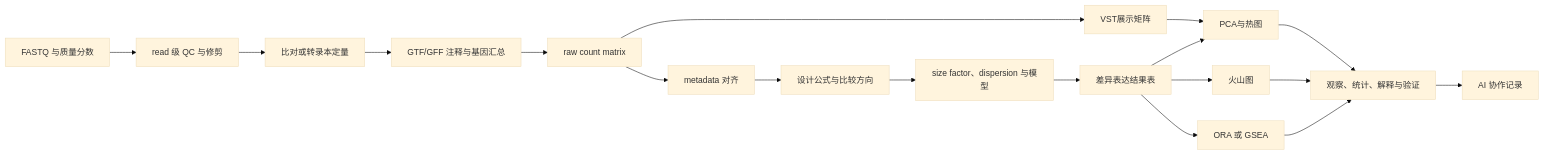
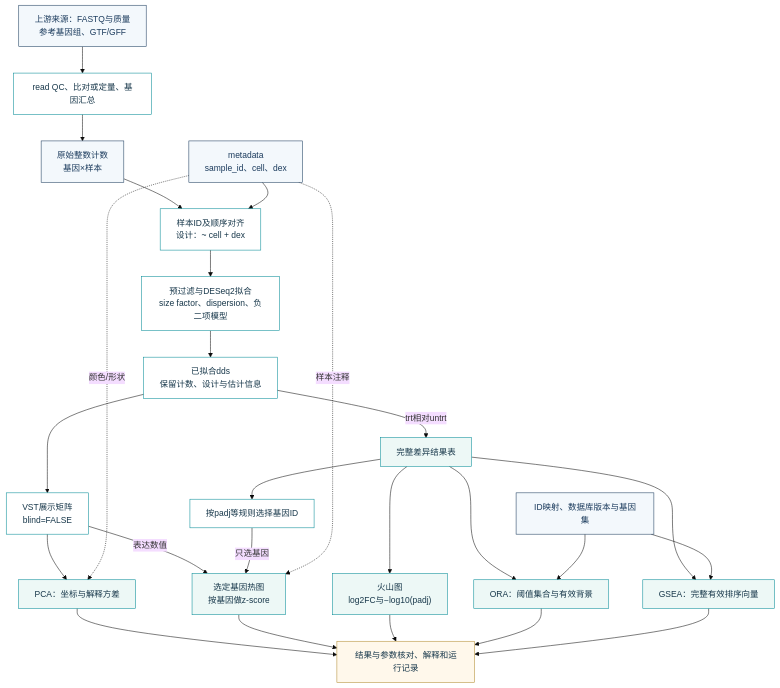
The first of 2 diagrams in docs/chapters/chapter-12/index.md (luvega/AI_MED_DataVis), drawn with Mermaid (base theme) before and after one commit. The commit also changed other lines of this file and 30 other files, not shown here.

Commit message:
Redraw textbook diagrams and correct data-flow relationships

````diff
--- a/docs/chapters/chapter-12/index.md
+++ b/docs/chapters/chapter-12/index.md
@@ -59,20 +59,36 @@
 ```mermaid
-flowchart LR
-  A["FASTQ 与质量分数"] --> B["read 级 QC 与修剪"]
-  B --> C["比对或转录本定量"]
-  C --> D["GTF/GFF 注释与基因汇总"]
-  D --> E["raw count matrix"]
-  E --> F["metadata 对齐"]
-  F --> G["设计公式与比较方向"]
-  G --> H["size factor、dispersion 与模型"]
-  H --> I["差异表达结果表"]
-  E --> V["VST展示矩阵"]
-  V --> J["PCA与热图"]
-  I --> W["火山图"]
-  I --> J
-  I --> K["ORA 或 GSEA"]
-  J --> L["观察、统计、解释与验证"]
-  W --> L
-  K --> L
-  L --> M["AI 协作记录"]
+flowchart TB
+  U["上游来源：FASTQ与质量<br/>参考基因组、GTF/GFF"] --> U2["read QC、比对或定量、基因汇总"]
+  U2 --> C["原始整数计数<br/>基因×样本"]
+  C --> A["样本ID及顺序对齐<br/>设计：~ cell + dex"]
+  M["metadata<br/>sample_id、cell、dex"] --> A
+  A --> F["预过滤与DESeq2拟合<br/>size factor、dispersion、负二项模型"]
+  F --> D["已拟合dds<br/>保留计数、设计与估计信息"]
+  D -->|trt相对untrt| R["完整差异结果表"]
+  D --> V["VST展示矩阵<br/>blind=FALSE"]
+  V --> P["PCA：坐标与解释方差"]
+  V -->|表达数值| H["选定基因热图<br/>按基因做z-score"]
+  R --> S["按padj等规则选择基因ID"]
+  S -->|只选基因| H
+  R --> W["火山图<br/>log2FC与−log10(padj)"]
+  R --> O["ORA：阈值集合与有效背景"]
+  R --> G["GSEA：完整有效排序向量"]
+  DB["ID映射、数据库版本与基因集"] --> O
+  DB --> G
+  M -. "颜色/形状" .-> P
+  M -. "样本注释" .-> H
+  P --> E["结果与参数核对、解释和运行记录"]
+  H --> E
+  W --> E
+  O --> E
+  G --> E
+  class U,C,M,DB input;
+  class U2,A,F,D,V,S process;
+  class R,P,H,W,O,G result;
+  class E review;
+
+  classDef input fill:#F3F8FC,stroke:#1A3A5C,color:#1A3A5C;
+  classDef process fill:#FFFFFF,stroke:#008A95,color:#17374A;
+  classDef result fill:#EDF8F6,stroke:#008A95,color:#17374A;
+  classDef review fill:#FFF8EB,stroke:#B18B31,color:#17374A;
 ```
````
